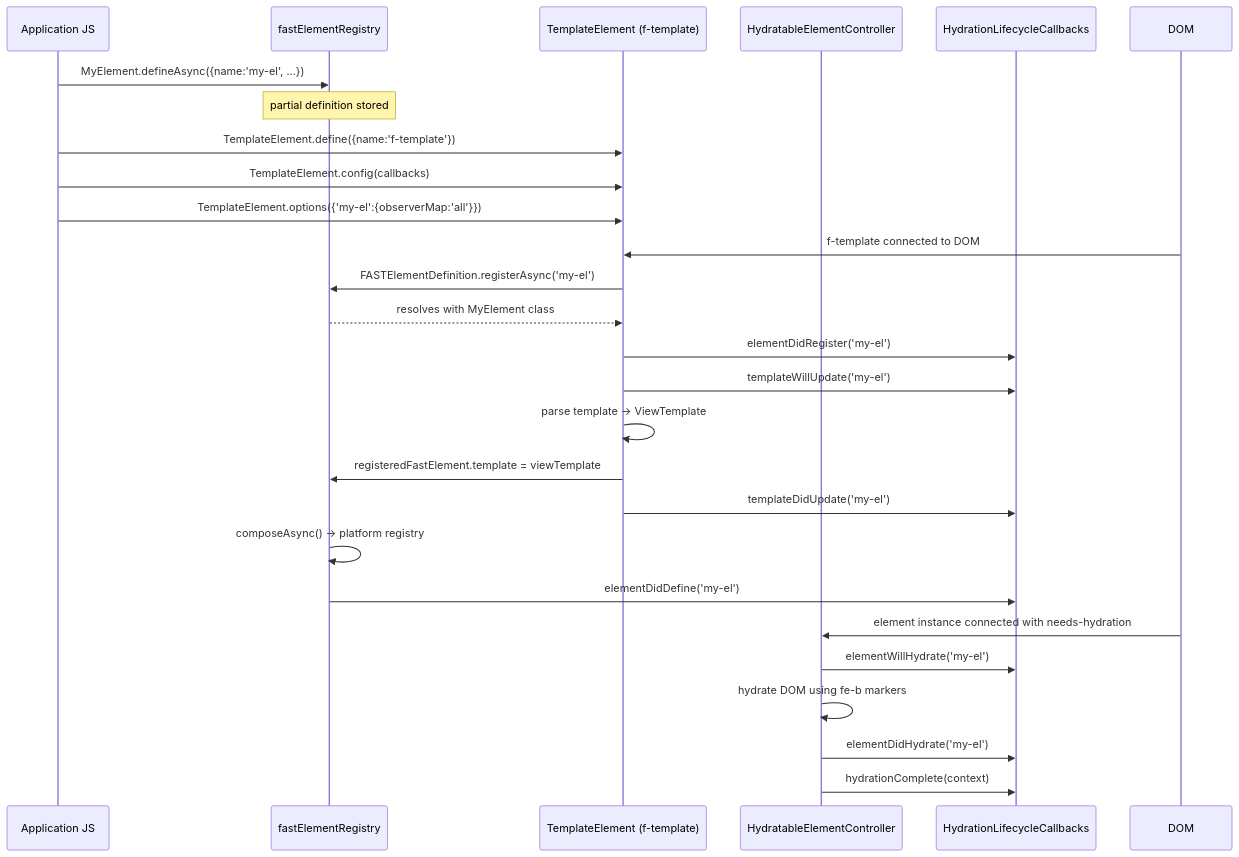
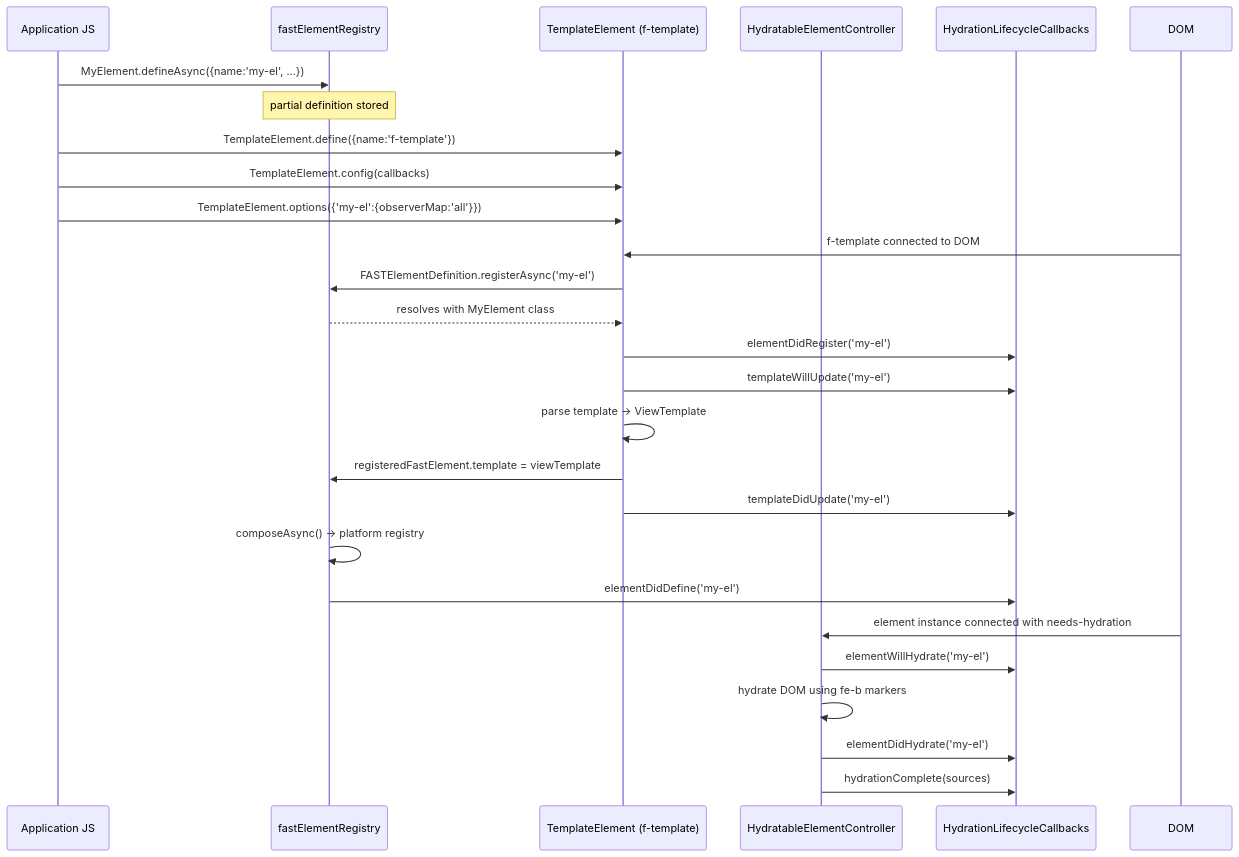
The fourth of 4 diagrams in packages/fast-html/DESIGN.md (microsoft/fast), drawn with Mermaid before and after one commit. The commit also changed other lines of this file and 5 other files, not shown here.

First line of the commit message:
refactor: replace HydrationCompleteContext with sources parameter

````diff
--- a/packages/fast-html/DESIGN.md
+++ b/packages/fast-html/DESIGN.md
@@ -291,32 +291,32 @@
 ```mermaid
 sequenceDiagram
     participant App as Application JS
     participant FER as fastElementRegistry
     participant TE as TemplateElement (f-template)
     participant HEC as HydratableElementController
     participant Callbacks as HydrationLifecycleCallbacks
 
     App->>FER: MyElement.defineAsync({name:'my-el', ...})
     note over FER: partial definition stored
 
     App->>TE: TemplateElement.define({name:'f-template'})
     App->>TE: TemplateElement.config(callbacks)
     App->>TE: TemplateElement.options({'my-el':{observerMap:'all'}})
 
     DOM->>TE: f-template connected to DOM
     TE->>FER: FASTElementDefinition.registerAsync('my-el')
     FER-->>TE: resolves with MyElement class
     TE->>Callbacks: elementDidRegister('my-el')
     TE->>Callbacks: templateWillUpdate('my-el')
     TE->>TE: parse template → ViewTemplate
     TE->>FER: registeredFastElement.template = viewTemplate
     TE->>Callbacks: templateDidUpdate('my-el')
     FER->>FER: composeAsync() → platform registry
     FER->>Callbacks: elementDidDefine('my-el')
 
     DOM->>HEC: element instance connected with needs-hydration
     HEC->>Callbacks: elementWillHydrate('my-el')
     HEC->>HEC: hydrate DOM using fe-b markers
     HEC->>Callbacks: elementDidHydrate('my-el')
-    HEC->>Callbacks: hydrationComplete(context)
+    HEC->>Callbacks: hydrationComplete(sources)
 ```
````
